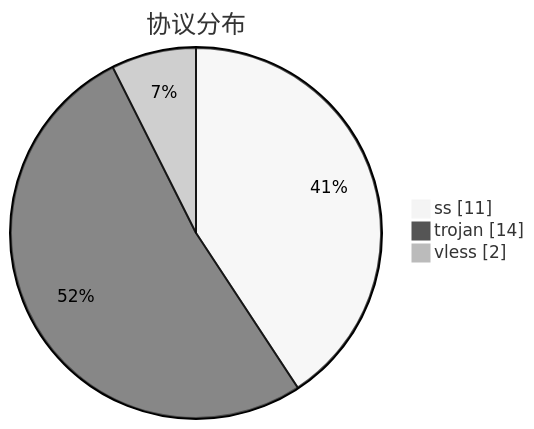
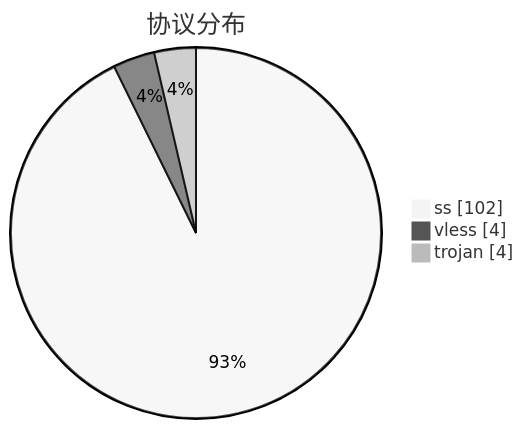
Before and after one commit to qjlxg/airport: the third of 3 diagrams in subs/statistics/tested_within.md, drawn with Mermaid (neutral theme). The commit also changed other lines of this file and 2 other files, not shown here.

````diff
--- a/subs/statistics/tested_within.md
+++ b/subs/statistics/tested_within.md
@@ -23,7 +24,7 @@
 ```mermaid
 pie showData
 title 协议分布
-"ss" : 11
-"trojan" : 14
-"vless" : 2
+"ss" : 102
+"vless" : 4
+"trojan" : 4
 ```
````
